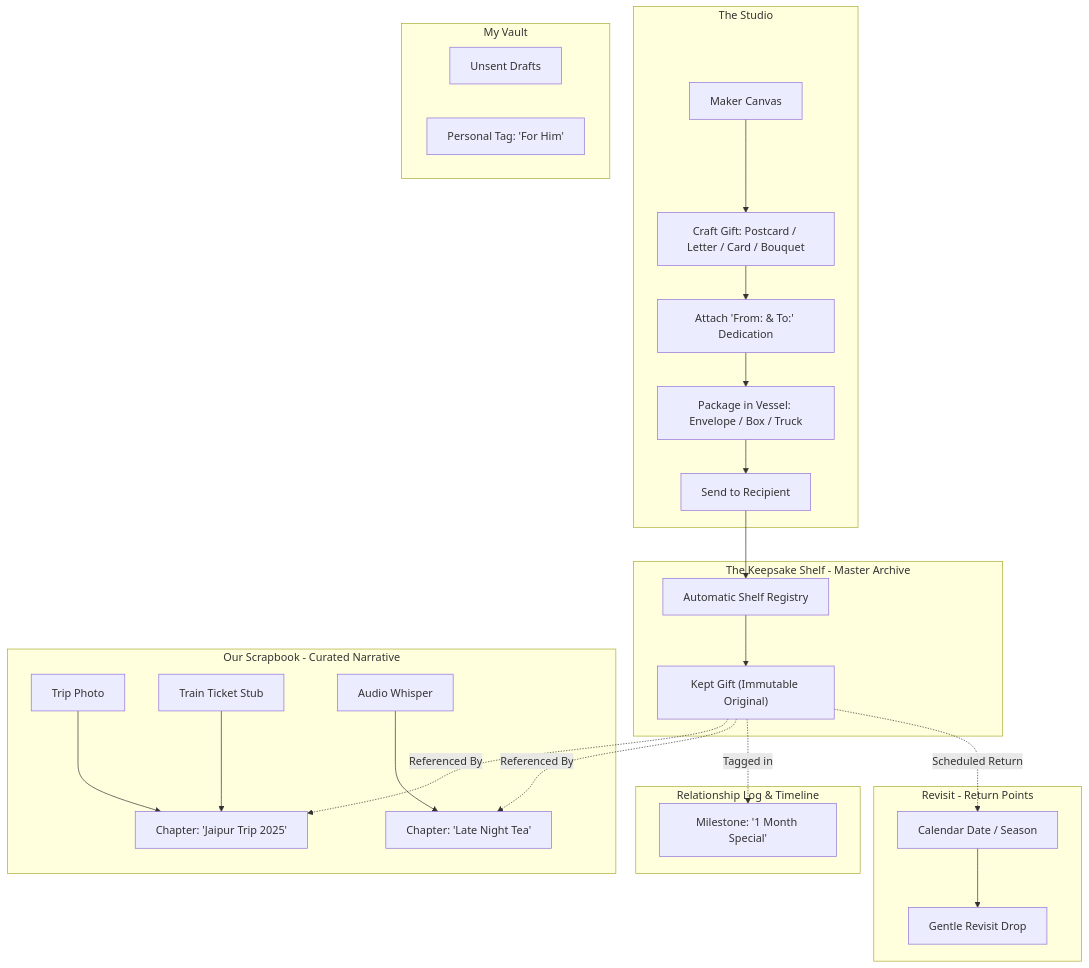
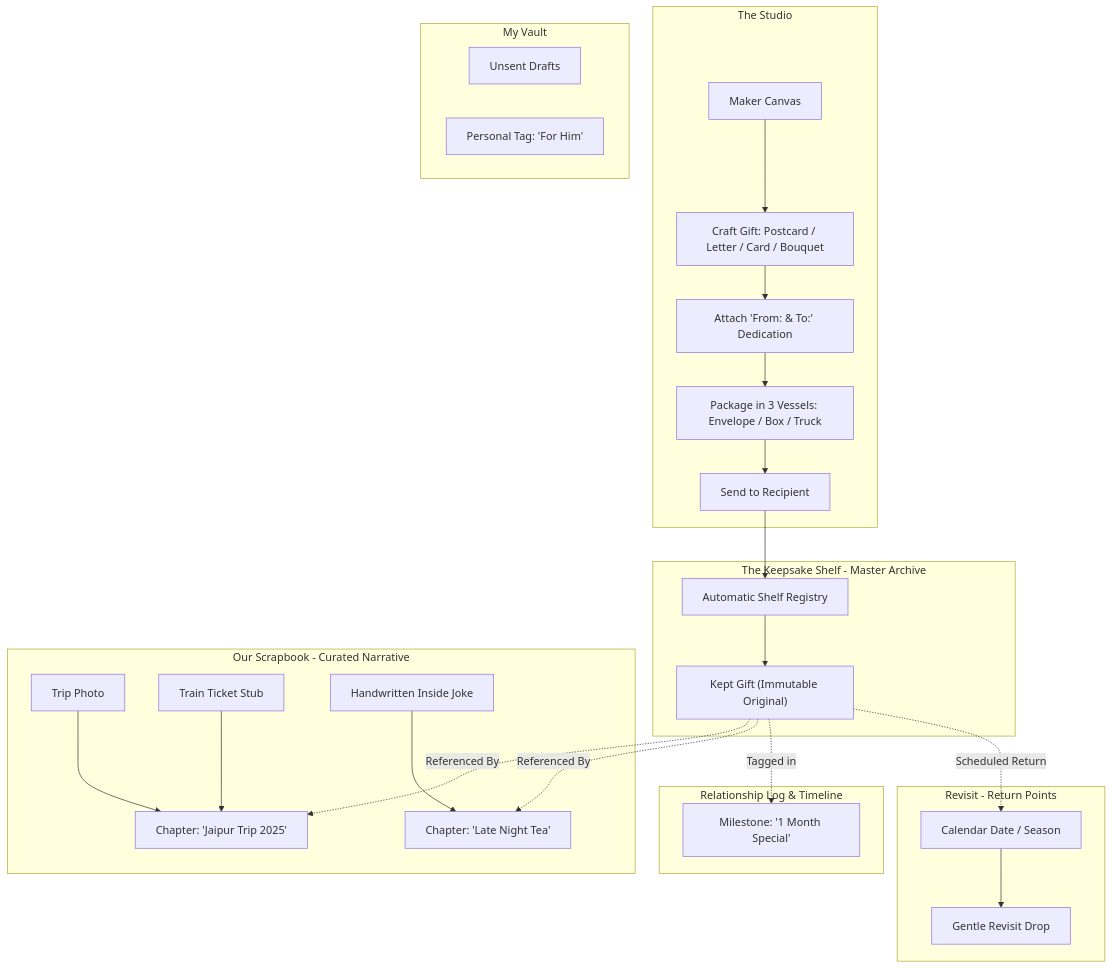
The diagram in IA_SPEC.md (NIFT-Information-Architecture-2026/Saanvi_BD-24-N1830), drawn with Mermaid before and after one commit. The commit also changed other lines of this file and 2 other files, not shown here.

Commit message:
docs(design): update specs with postcard palette, stamp designs, 15 flowers, white/cream papers, 3 vessels, and zero audio

````diff
--- a/IA_SPEC.md
+++ b/IA_SPEC.md
@@ -70,41 +70,41 @@
 ```mermaid
 graph TD
     subgraph Studio [The Studio]
         Maker[Maker Canvas] --> CreateGift[Craft Gift: Postcard / Letter / Card / Bouquet]
         CreateGift --> AddDedication["Attach 'From: & To:' Dedication"]
-        AddDedication --> ChooseVessel[Package in Vessel: Envelope / Box / Truck]
+        AddDedication --> ChooseVessel[Package in 3 Vessels: Envelope / Box / Truck]
         ChooseVessel --> Dispatch[Send to Recipient]
     end
 
     subgraph Shelf [The Keepsake Shelf - Master Archive]
         Dispatch --> AutoArchive[Automatic Shelf Registry]
         AutoArchive --> GiftItem["Kept Gift (Immutable Original)"]
     end
 
     subgraph Scrapbook [Our Scrapbook - Curated Narrative]
         ChapterA["Chapter: 'Jaipur Trip 2025'"]
         ChapterB["Chapter: 'Late Night Tea'"]
         
         GiftItem -.->|Referenced By| ChapterA
         GiftItem -.->|Referenced By| ChapterB
         
         Photo1[Trip Photo] --> ChapterA
         Ticket[Train Ticket Stub] --> ChapterA
-        VoiceNote[Audio Whisper] --> ChapterB
+        WrittenNote[Handwritten Inside Joke] --> ChapterB
     end
 
     subgraph Ledger [Relationship Log & Timeline]
         LogEntry["Milestone: '1 Month Special'"]
         GiftItem -.->|Tagged in| LogEntry
     end
 
     subgraph RevisitRoom [Revisit - Return Points]
         GiftItem -.->|Scheduled Return| ResurfaceTrigger[Calendar Date / Season]
         ResurfaceTrigger --> RevisitAlert[Gentle Revisit Drop]
     end
 
     subgraph PrivateVault [My Vault]
         PrivateDrafts[Unsent Drafts]
         PrivateNotes["Personal Tag: 'For Him'"]
     end
 ```
````
